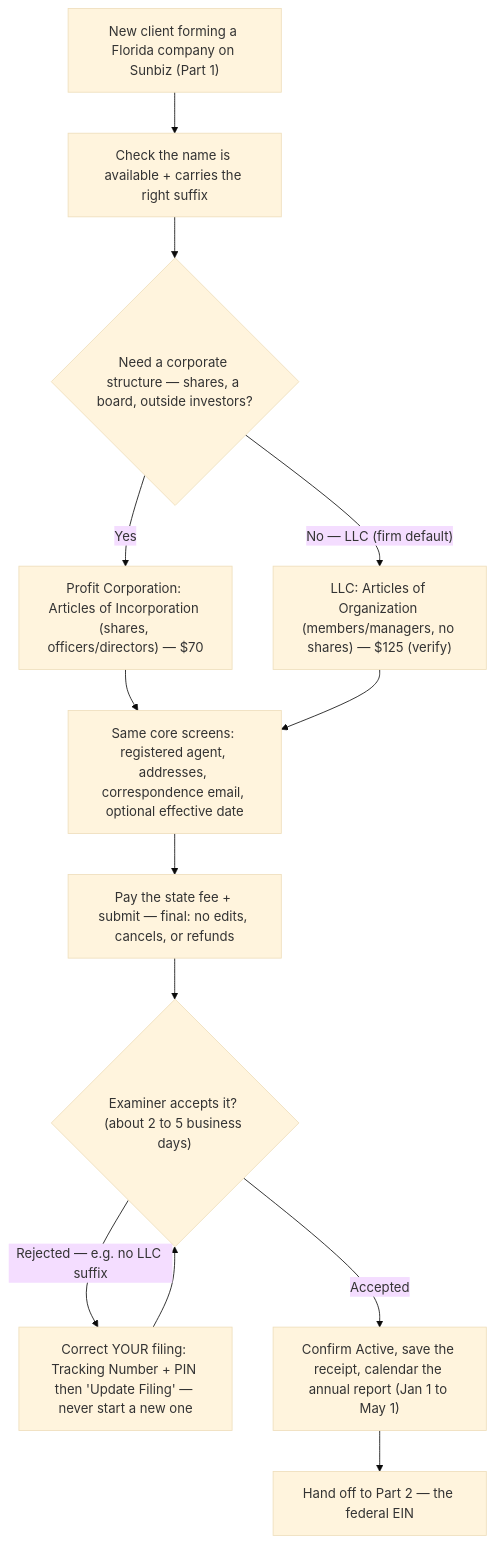
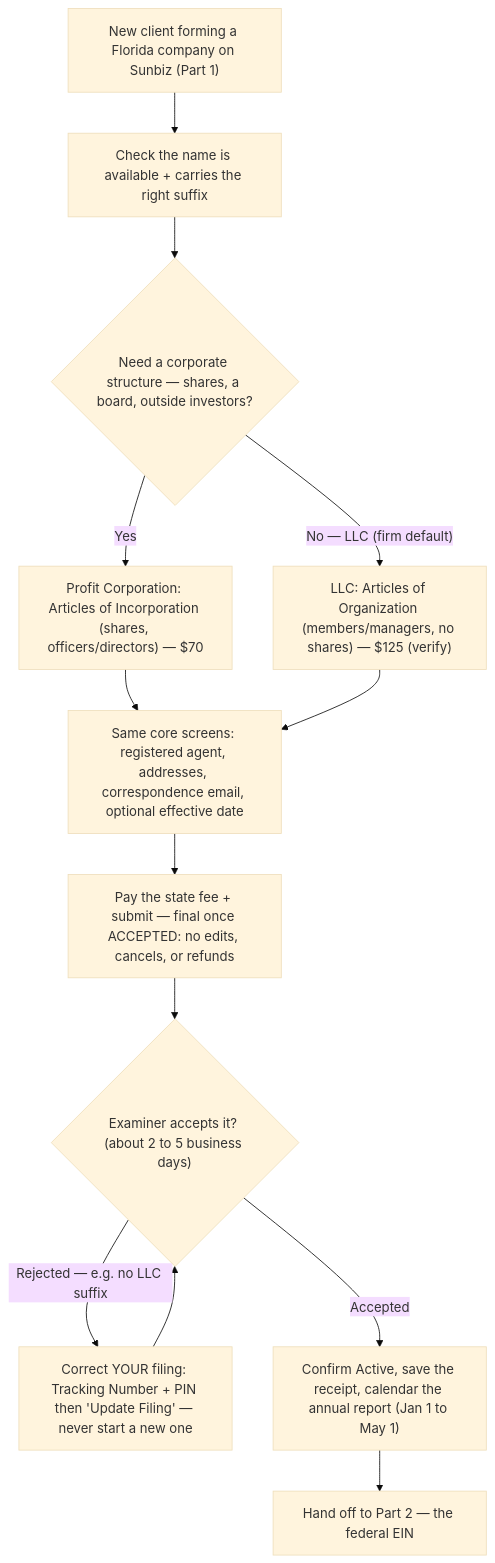
The diagram in projects/sops/florida-company-formation-sunbiz.md (JuliaJKAcct/JKAccountingGroup), drawn with Mermaid (base theme) before and after one commit. The commit also changed other lines of this file and 1 other file, not shown here.

First line of the commit message:
Review fixes: remove the fee-claim contradiction, restructure the name section

````diff
--- a/projects/sops/florida-company-formation-sunbiz.md
+++ b/projects/sops/florida-company-formation-sunbiz.md
@@ -88,15 +49,15 @@
 ```mermaid
 flowchart TD
   A["New client forming a Florida company on Sunbiz (Part 1)"] --> B["Check the name is available + carries the right suffix"]
   B --> C{"Need a corporate structure — shares, a board, outside investors?"}
   C -- "Yes" --> D["Profit Corporation: Articles of Incorporation (shares, officers/directors) — $70"]
   C -- "No — LLC (firm default)" --> E["LLC: Articles of Organization (members/managers, no shares) — $125 (verify)"]
   D --> F["Same core screens: registered agent, addresses, correspondence email, optional effective date"]
   E --> F
-  F --> G["Pay the state fee + submit — final: no edits, cancels, or refunds"]
+  F --> G["Pay the state fee + submit — final once ACCEPTED: no edits, cancels, or refunds"]
   G --> R{"Examiner accepts it? (about 2 to 5 business days)"}
   R -- "Rejected — e.g. no LLC suffix" --> S["Correct YOUR filing: Tracking Number + PIN then 'Update Filing' — never start a new one"]
   S --> R
   R -- "Accepted" --> H["Confirm Active, save the receipt, calendar the annual report (Jan 1 to May 1)"]
   H --> I["Hand off to Part 2 — the federal EIN"]
 ```
````
